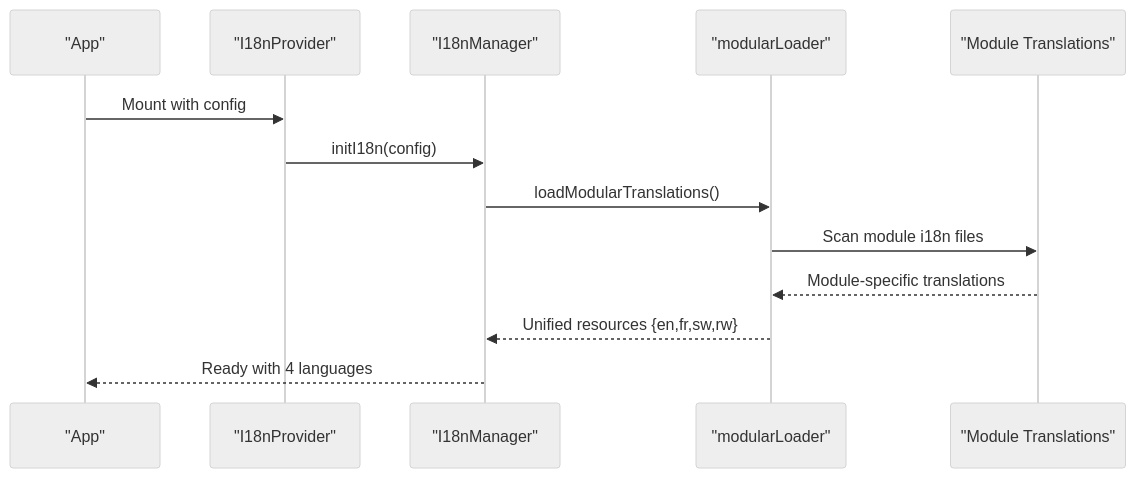
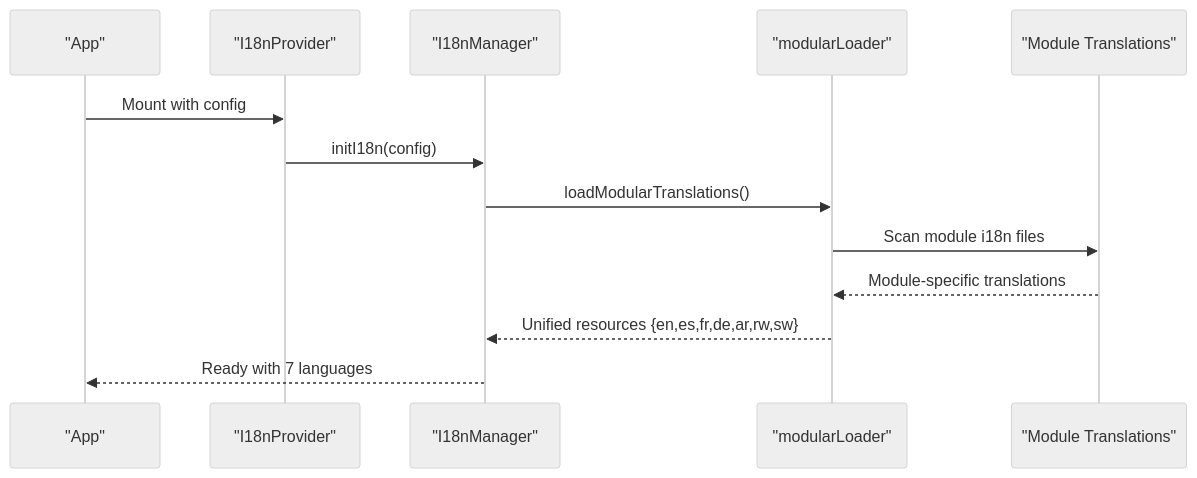
One commit to geniusdynamics/schoolpilot changed the second of 7 diagrams in .qoder/repowiki/en/content/Internationalization.md. Above: the diagram before and after it, drawn with Mermaid (neutral theme). The commit also changed other lines of this file and 54 other files, not shown here.

````diff
--- a/.qoder/repowiki/en/content/Internationalization.md
+++ b/.qoder/repowiki/en/content/Internationalization.md
@@ -139,15 +160,15 @@
 ```mermaid
 sequenceDiagram
 participant App as "App"
 participant Provider as "I18nProvider"
 participant Manager as "I18nManager"
 participant Loader as "modularLoader"
 participant Modules as "Module Translations"
 App->>Provider : Mount with config
 Provider->>Manager : initI18n(config)
 Manager->>Loader : loadModularTranslations()
 Loader->>Modules : Scan module i18n files
 Modules-->>Loader : Module-specific translations
-Loader-->>Manager : Unified resources {en,fr,sw,rw}
-Manager-->>App : Ready with 4 languages
+Loader-->>Manager : Unified resources {en,es,fr,de,ar,rw,sw}
+Manager-->>App : Ready with 7 languages
 ```
````
